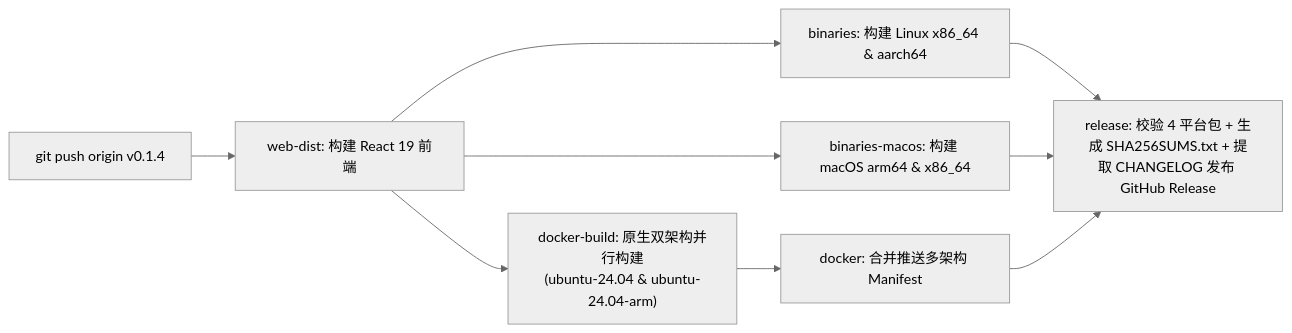
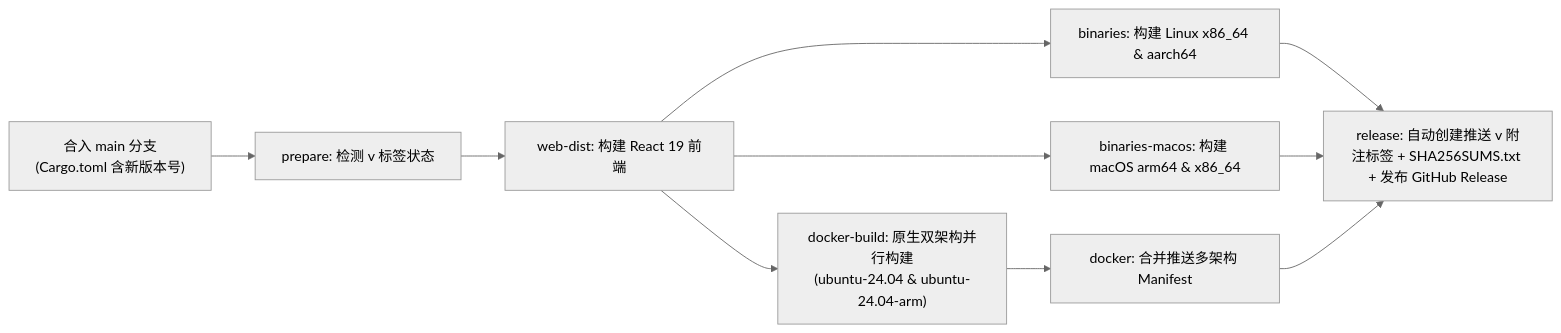
Before and after one commit to ElleryHe/FeedCourier: the diagram in docs/zh/reference/releasing.md, drawn with Mermaid (neutral theme). The commit also changed other lines of this file and 36 other files, not shown here.

First line of the commit message:
chore(release): v0.1.5 — scheduler poll isolation, docs SEO/IndexNow & changelog RSS feeds (#19)

````diff
--- a/docs/zh/reference/releasing.md
+++ b/docs/zh/reference/releasing.md
@@ -35,9 +35,10 @@
 ```mermaid
 flowchart LR
-    Tag["git push origin v0.1.4"] --> Web["web-dist: 构建 React 19 前端"]
+    Merge["合入 main 分支\n(Cargo.toml 含新版本号)"] --> Prep["prepare: 检测 v<version> 标签状态"]
+    Prep --> Web["web-dist: 构建 React 19 前端"]
     Web --> Linux["binaries: 构建 Linux x86_64 & aarch64"]
     Web --> Mac["binaries-macos: 构建 macOS arm64 & x86_64"]
     Web --> DockerBuild["docker-build: 原生双架构并行构建\n(ubuntu-24.04 & ubuntu-24.04-arm)"]
     DockerBuild --> Docker["docker: 合并推送多架构 Manifest"]
-    Linux & Mac & Docker --> Rel["release: 校验 4 平台包 + 生成 SHA256SUMS.txt + 提取 CHANGELOG 发布 GitHub Release"]
+    Linux & Mac & Docker --> Rel["release: 自动创建推送 v<version> 附注标签 + SHA256SUMS.txt + 发布 GitHub Release"]
 ```
````
